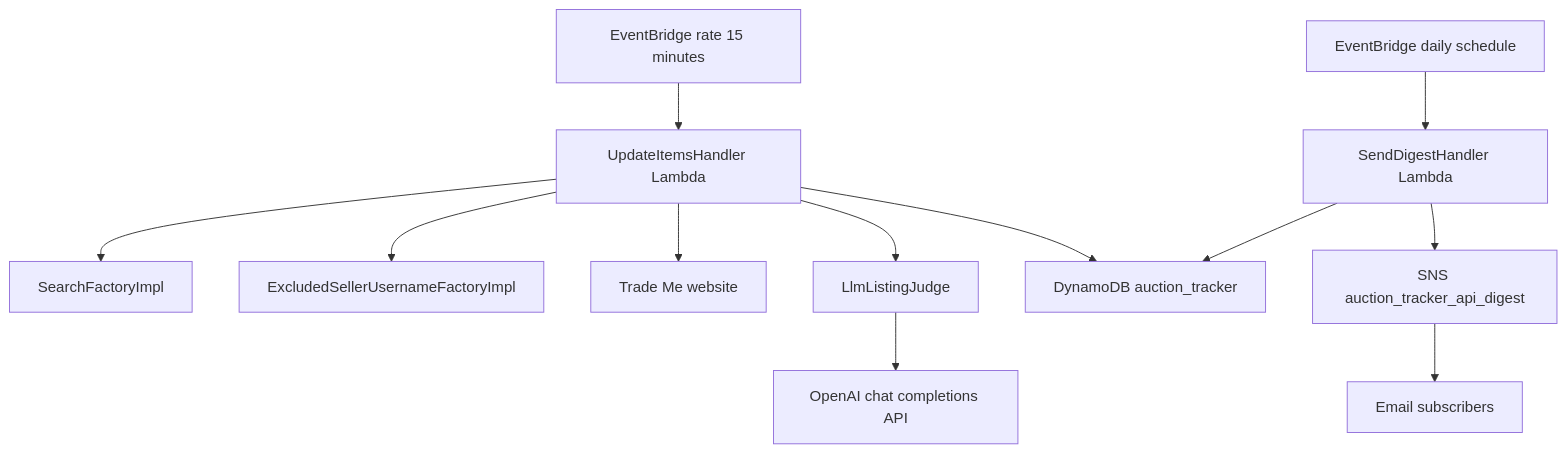
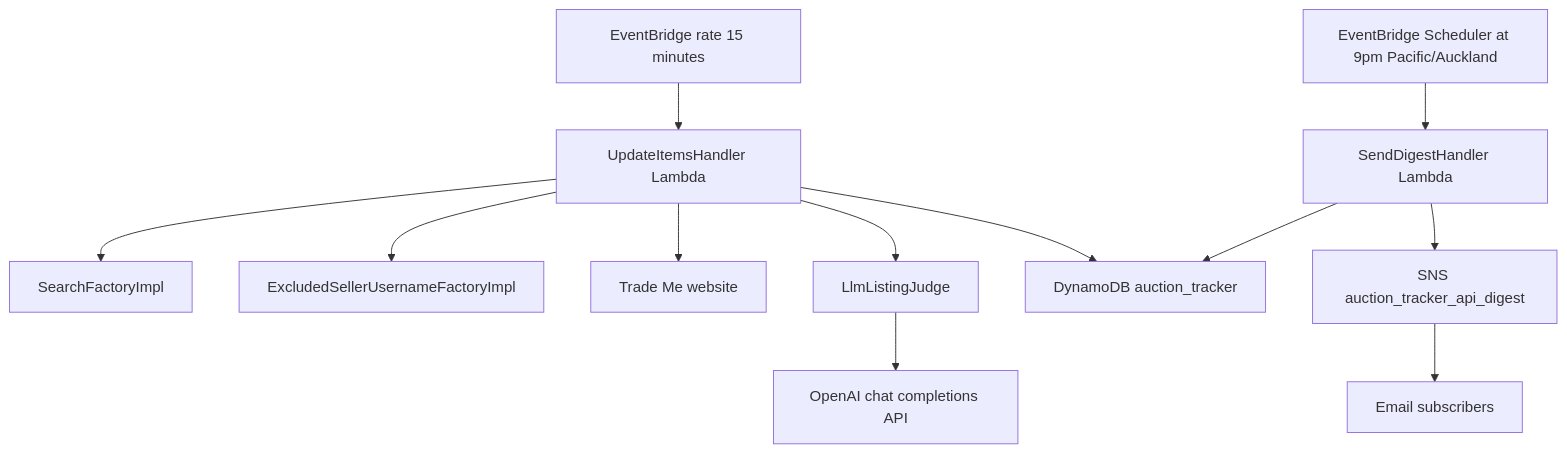
Before and after one commit to jordansimsmith/jordansimsmith-com: the first of 2 diagrams in auction_tracker_api/README.md, drawn with Mermaid. The commit also changed other lines of this file and 1 other file, not shown here.

Commit message:
Send auction digest at 9pm NZ time

````diff
--- a/auction_tracker_api/README.md
+++ b/auction_tracker_api/README.md
@@ -54,14 +54,14 @@
 ```mermaid
 flowchart TD
   updateSchedule[EventBridge rate 15 minutes] --> updateHandler[UpdateItemsHandler Lambda]
   updateHandler --> searchFactory[SearchFactoryImpl]
   updateHandler --> excludedSellers[ExcludedSellerUsernameFactoryImpl]
   updateHandler --> tradeMe[Trade Me website]
   updateHandler --> listingJudge[LlmListingJudge]
   listingJudge --> openAi[OpenAI chat completions API]
   updateHandler --> auctionTable[DynamoDB auction_tracker]
-  digestSchedule[EventBridge daily schedule] --> digestHandler[SendDigestHandler Lambda]
+  digestSchedule[EventBridge Scheduler at 9pm Pacific/Auckland] --> digestHandler[SendDigestHandler Lambda]
   digestHandler --> auctionTable
   digestHandler --> digestTopic[SNS auction_tracker_api_digest]
   digestTopic --> subscribers[Email subscribers]
 ```
````
